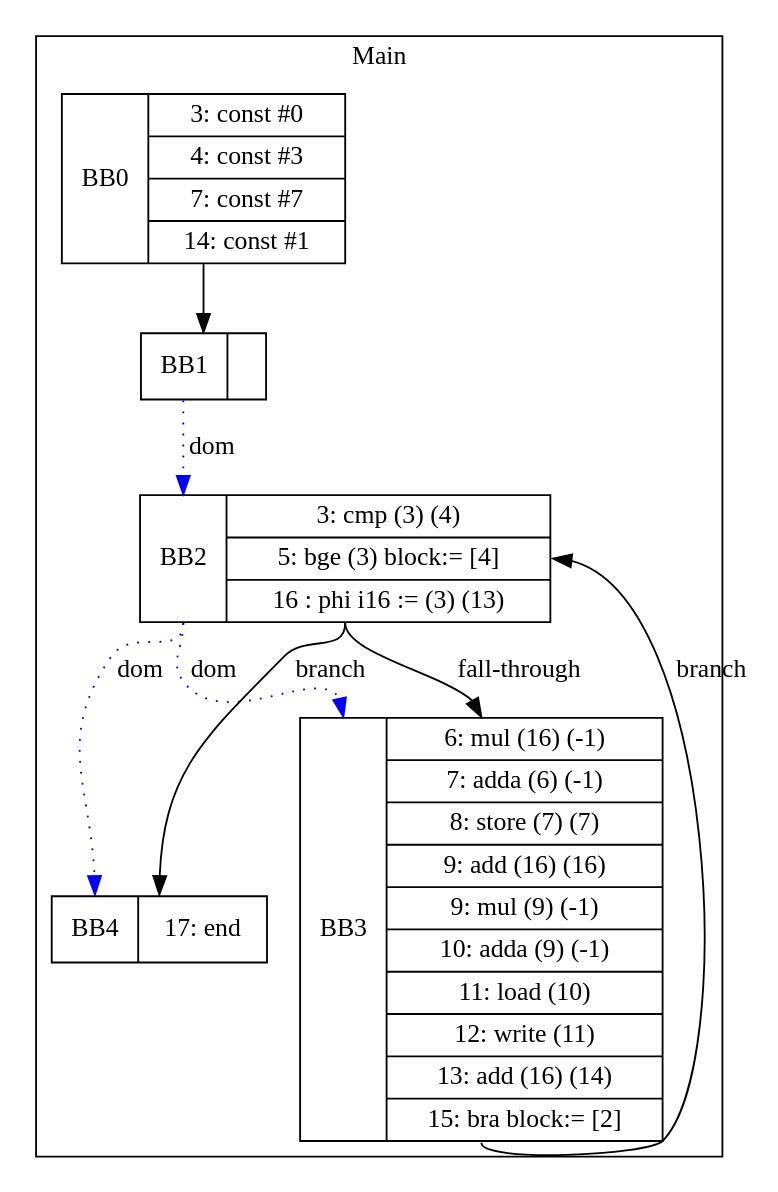
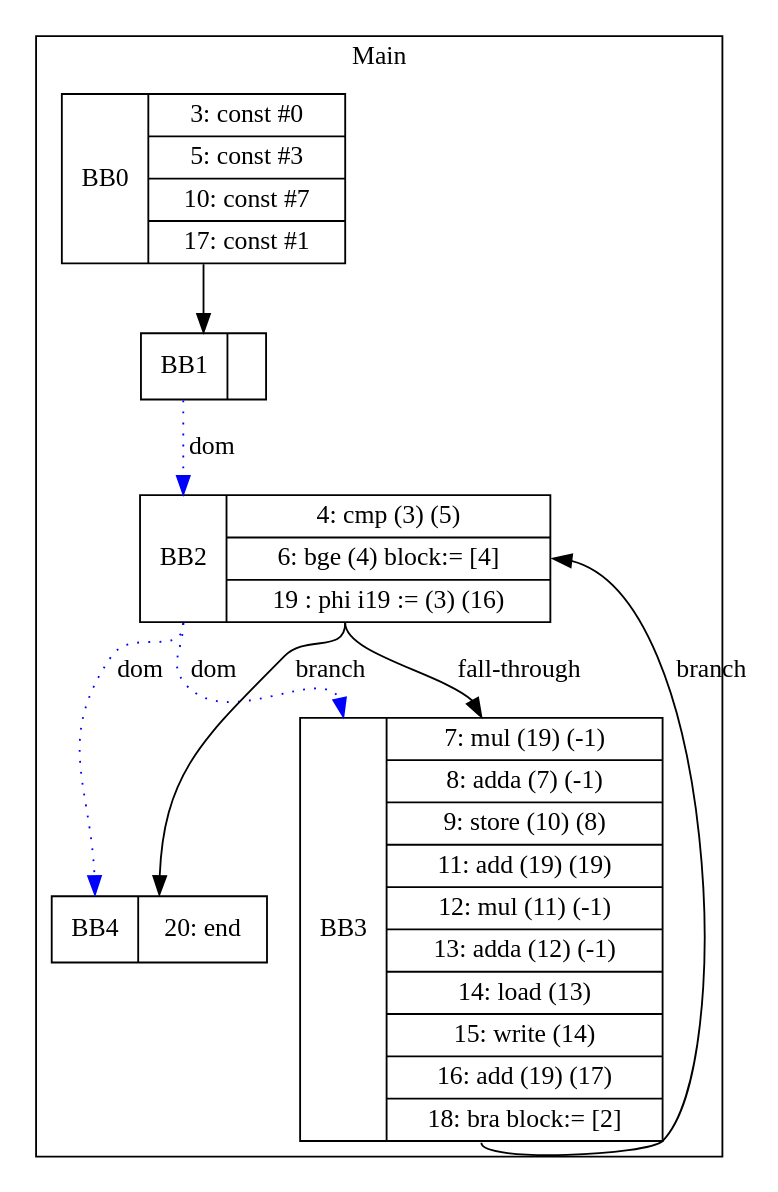
One commit to zjc664656505/UCI-CS241-Advanced-Compiler-main changed the diagram in visualization/1darray.gv. Above: the diagram before and after it, drawn with Graphviz. The commit also changed 8 other files, not shown here.

```diff
--- a/visualization/1darray.gv
+++ b/visualization/1darray.gv
@@ -1,18 +1,18 @@
 digraph G {
 node [shape=record];
 subgraph cluster_main{
 label = "Main";
-BB0 [shape=record, label="<b>BB0|{3: const #0|4: const #3|7: const #7|14: const #1}"];
+BB0 [shape=record, label="<b>BB0|{3: const #0|5: const #3|10: const #7|17: const #1}"];
 BB1 [shape=record, label="<b>BB1|}"];
-BB2 [shape=record, label="<b>BB2|{3: cmp (3) (4)|5: bge (3) block:= [4]|16 : phi i16 := (3) (13)}"];
-BB3 [shape=record, label="<b>BB3|{6: mul (16) (-1)|7: adda (6) (-1)|8: store (7) (7)|9: add (16) (16)|9: mul (9) (-1)|10: adda (9) (-1)|11: load (10)|12: write (11)|13: add (16) (14)|15: bra block:= [2]}"];
-BB4 [shape=record, label="<b>BB4|{17: end}"];
+BB2 [shape=record, label="<b>BB2|{4: cmp (3) (5)|6: bge (4) block:= [4]|19 : phi i19 := (3) (16)}"];
+BB3 [shape=record, label="<b>BB3|{7: mul (19) (-1)|8: adda (7) (-1)|9: store (10) (8)|11: add (19) (19)|12: mul (11) (-1)|13: adda (12) (-1)|14: load (13)|15: write (14)|16: add (19) (17)|18: bra block:= [2]}"];
+BB4 [shape=record, label="<b>BB4|{20: end}"];
 }
 BB0:s -> BB1:n ;
 BB2:b -> BB3:b [color=blue, style=dotted, label="dom"];
 BB2:b -> BB4:b [color=blue, style=dotted, label="dom"];
 BB1:b -> BB2:b [color=blue, style=dotted, label="dom"];
 BB2:s -> BB4:n [label="branch"];
 BB3:s -> BB2:e [label="branch"];
 BB2:s -> BB3:n [label="fall-through"];
 }
```
